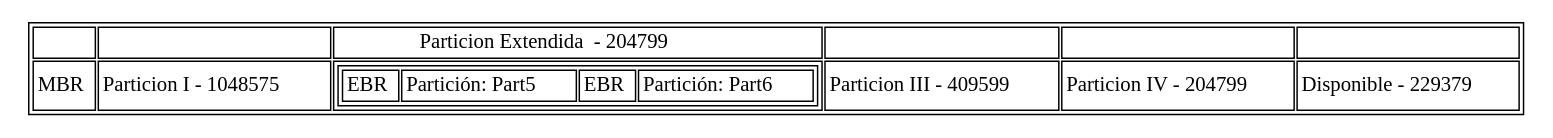
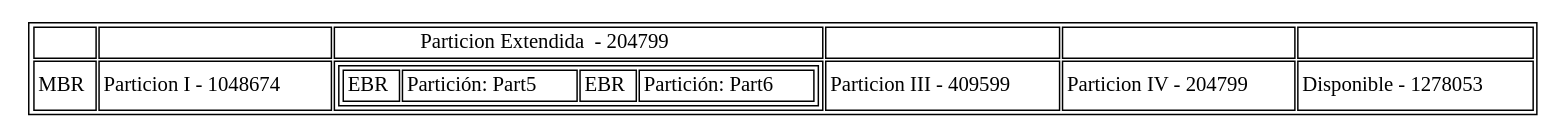
The diagram in Controlador/ReporteControlador/disk.dot (JoseMorente98/MIA-Proyecto-1), drawn with Graphviz before and after one commit. The commit also changed 8 other files, not shown here.

```diff
--- a/Controlador/ReporteControlador/disk.dot
+++ b/Controlador/ReporteControlador/disk.dot
@@ -1,3 +1,3 @@
 digraph {tbl [ shape=plaintext label=< <table>
-<tr><td></td><td></td><td>Particion Extendida  - 204799</td><td></td><td></td><td></td></tr><tr><td>MBR</td><td>Particion I - 1048575</td><td><table ><tr><td>EBR</td><td>Partición: Part5</td><td>EBR</td><td>Partición: Part6</td></tr></table></td><td>Particion III - 409599</td><td>Particion IV - 204799</td><td>Disponible - 229379</td></tr></table>
+<tr><td></td><td></td><td>Particion Extendida  - 204799</td><td></td><td></td><td></td></tr><tr><td>MBR</td><td>Particion I - 1048674</td><td><table ><tr><td>EBR</td><td>Partición: Part5</td><td>EBR</td><td>Partición: Part6</td></tr></table></td><td>Particion III - 409599</td><td>Particion IV - 204799</td><td>Disponible - 1278053</td></tr></table>
 >];}
```
